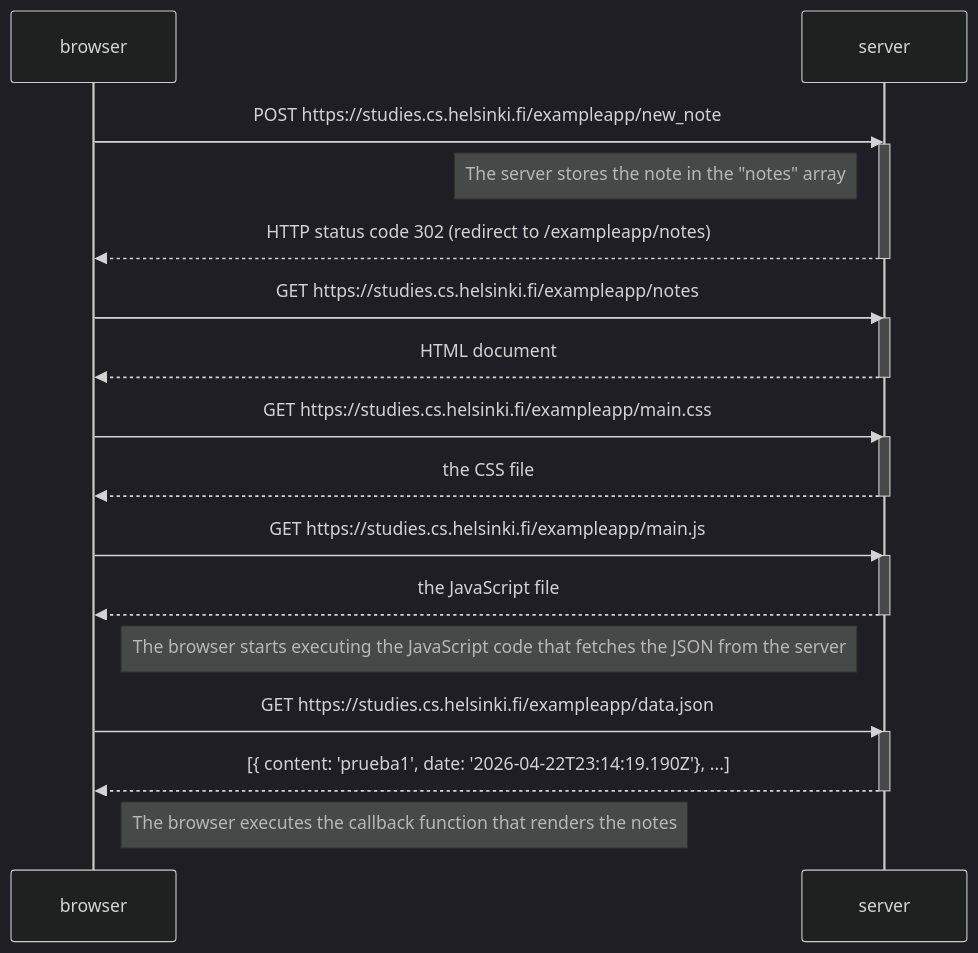
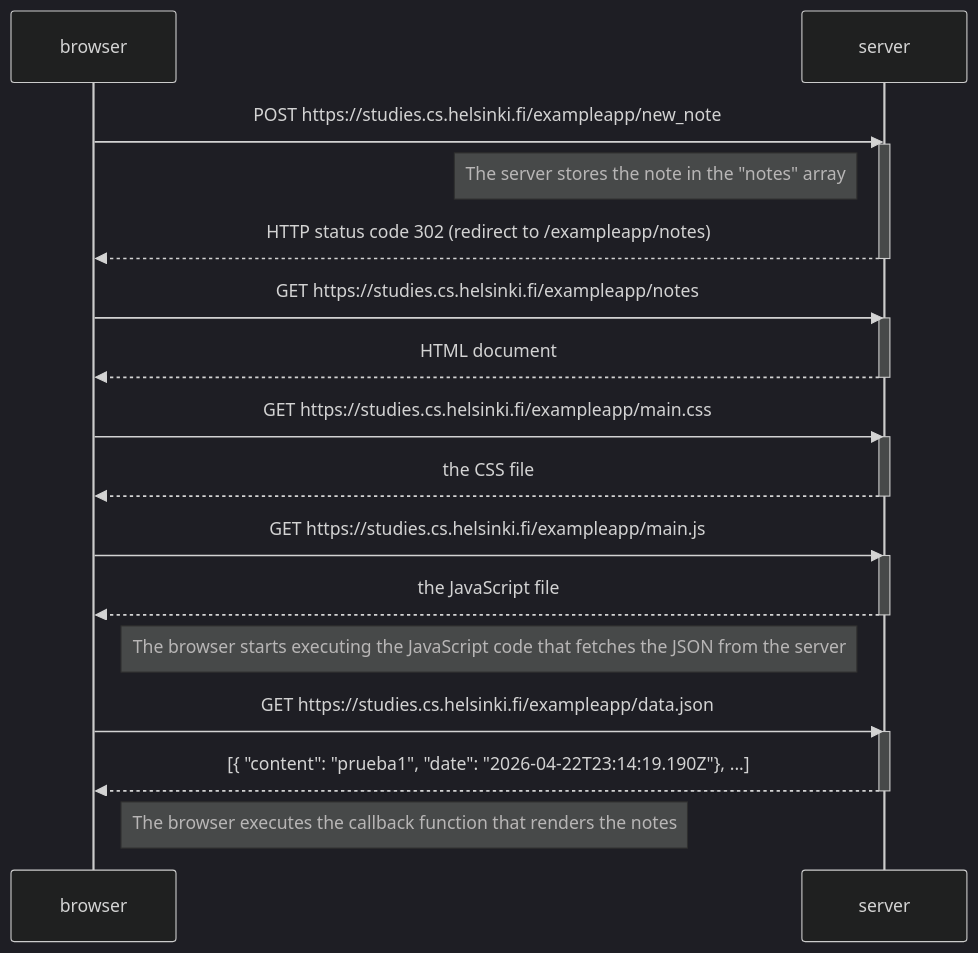
One commit to DairaFPazos/fullstack-open-helsinki changed the diagram in part0/exercise-04.md. Above: the diagram before and after it, drawn with Mermaid (dark theme). The commit also changed 1 other file, not shown here.

Commit message:
FIx: sintaxis error

````diff
--- a/part0/exercise-04.md
+++ b/part0/exercise-04.md
@@ -1,35 +1,35 @@
 ```mermaid
 sequenceDiagram
 participant browser
 participant server
 
     browser->>server: POST https://studies.cs.helsinki.fi/exampleapp/new_note
     activate server
     Note left of server: The server stores the note in the "notes" array
     server-->>browser: HTTP status code 302 (redirect to /exampleapp/notes)
     deactivate server
 
     browser->>server: GET https://studies.cs.helsinki.fi/exampleapp/notes
     activate server
     server-->>browser: HTML document
     deactivate server
 
     browser->>server: GET https://studies.cs.helsinki.fi/exampleapp/main.css
     activate server
     server-->>browser: the CSS file
     deactivate server
 
     browser->>server: GET https://studies.cs.helsinki.fi/exampleapp/main.js
     activate server
     server-->>browser: the JavaScript file
     deactivate server
 
     Note right of browser: The browser starts executing the JavaScript code that fetches the JSON from the server
 
     browser->>server: GET https://studies.cs.helsinki.fi/exampleapp/data.json
     activate server
-    server-->>browser: [{ content: 'prueba1', date: '2026-04-22T23:14:19.190Z'}, ...]
+    server-->>browser: [{ "content": "prueba1", "date": "2026-04-22T23:14:19.190Z"}, ...]
     deactivate server
 
      Note right of browser: The browser executes the callback function that renders the notes
 ```
````
